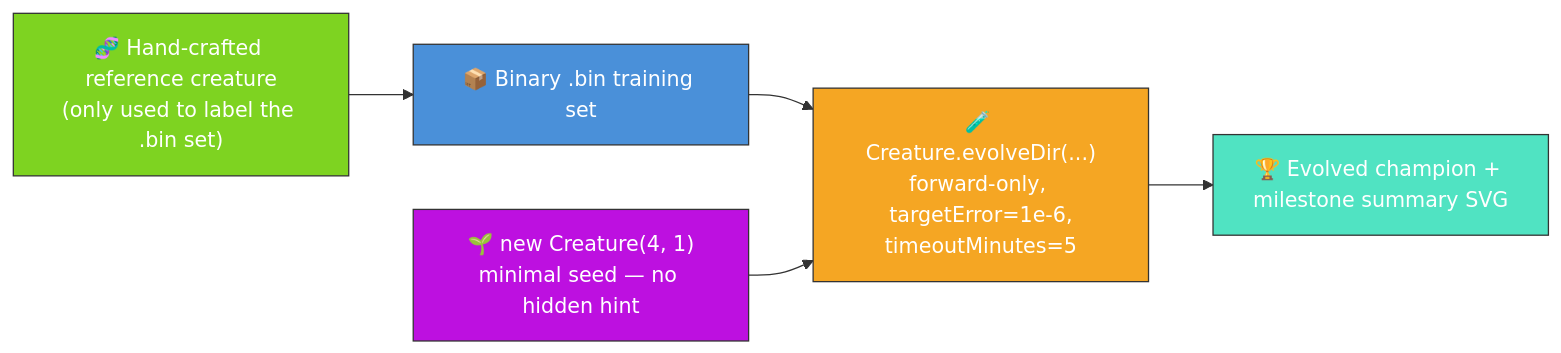
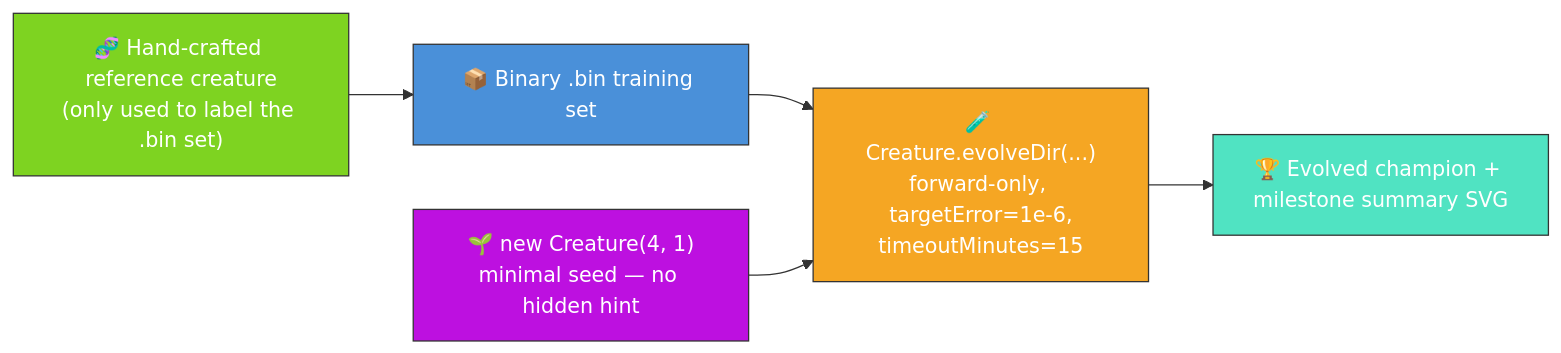
Before and after one commit to stSoftwareAU/NEAT-AI-Examples: the diagram in discovery/README.md, drawn with Mermaid. The commit also changed other lines of this file and 4 other files, not shown here.

````diff
--- a/discovery/README.md
+++ b/discovery/README.md
@@ -9,17 +9,17 @@
 ```mermaid
 flowchart LR
     REF["🧬 Hand-crafted reference creature<br/>(only used to label the .bin set)"]
     DATA["📦 Binary .bin training set"]
     SEED["🌱 new Creature(4, 1)<br/>minimal seed — no hidden hint"]
-    EVOLVE["🧪 Creature.evolveDir(...)<br/>forward-only, targetError=1e-6,<br/>timeoutMinutes=5"]
+    EVOLVE["🧪 Creature.evolveDir(...)<br/>forward-only, targetError=1e-6,<br/>timeoutMinutes=15"]
     OUT["🏆 Evolved champion + milestone summary SVG"]
     REF --> DATA
     DATA --> EVOLVE
     SEED --> EVOLVE
     EVOLVE --> OUT
     style REF fill:#7ed321,stroke:#333,color:#fff
     style DATA fill:#4a90d9,stroke:#333,color:#fff
     style SEED fill:#bd10e0,stroke:#333,color:#fff
     style EVOLVE fill:#f5a623,stroke:#333,color:#fff
     style OUT fill:#50e3c2,stroke:#333,color:#fff
 ```
````
